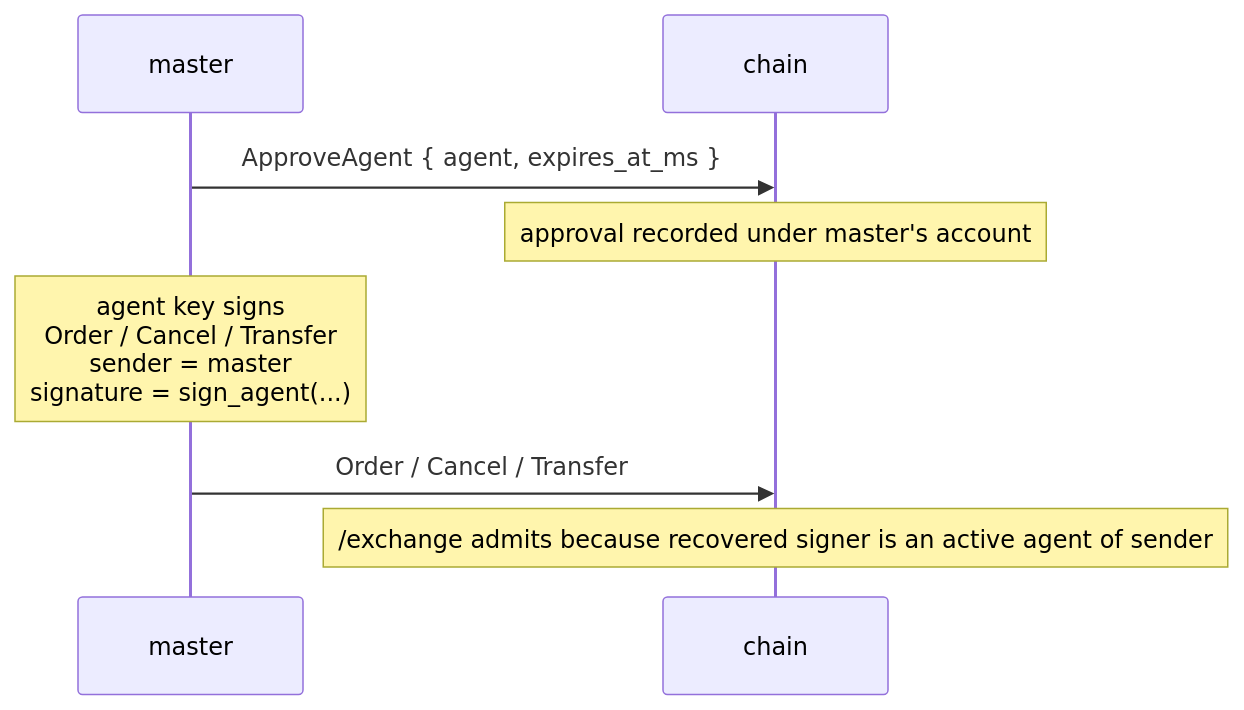
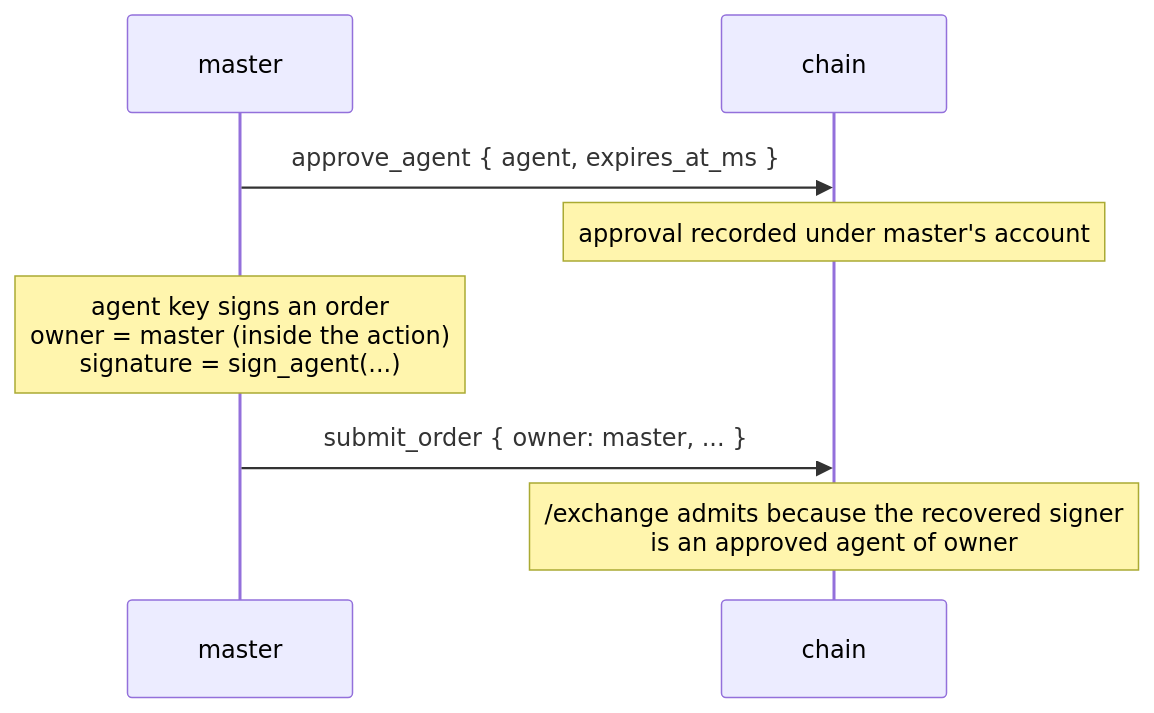
Before and after one commit to mtf-exchange/metaflux-knowledges: the diagram in docs/concepts/agent-wallets.md, drawn with Mermaid. The commit also changed other lines of this file and 10 other files, not shown here.

First line of the commit message:
docs: present one order surface, and correct who may sign what

````diff
--- a/docs/concepts/agent-wallets.md
+++ b/docs/concepts/agent-wallets.md
@@ -20,10 +20,10 @@
 ```mermaid
 sequenceDiagram
     participant master
     participant chain
-    master->>chain: ApproveAgent { agent, expires_at_ms }
+    master->>chain: approve_agent { agent, expires_at_ms }
     Note over chain: approval recorded under master's account
-    Note over master: agent key signs<br/>Order / Cancel / Transfer<br/>sender = master<br/>signature = sign_agent(...)
-    master->>chain: Order / Cancel / Transfer
-    Note over chain: /exchange admits because recovered signer is an active agent of sender
+    Note over master: agent key signs an order<br/>owner = master (inside the action)<br/>signature = sign_agent(...)
+    master->>chain: submit_order { owner: master, ... }
+    Note over chain: /exchange admits because the recovered signer<br/>is an approved agent of owner
 ```
````
